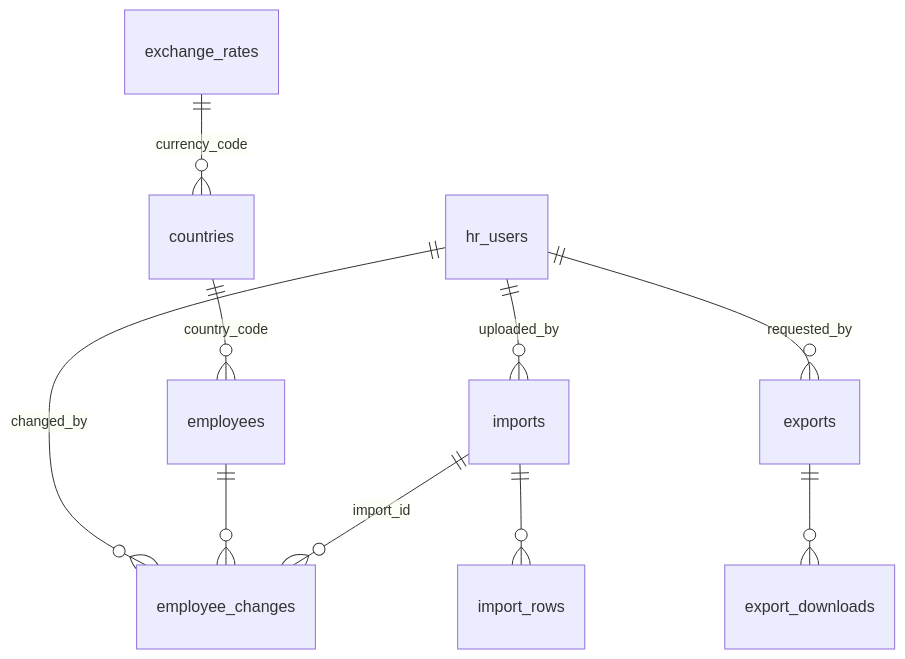
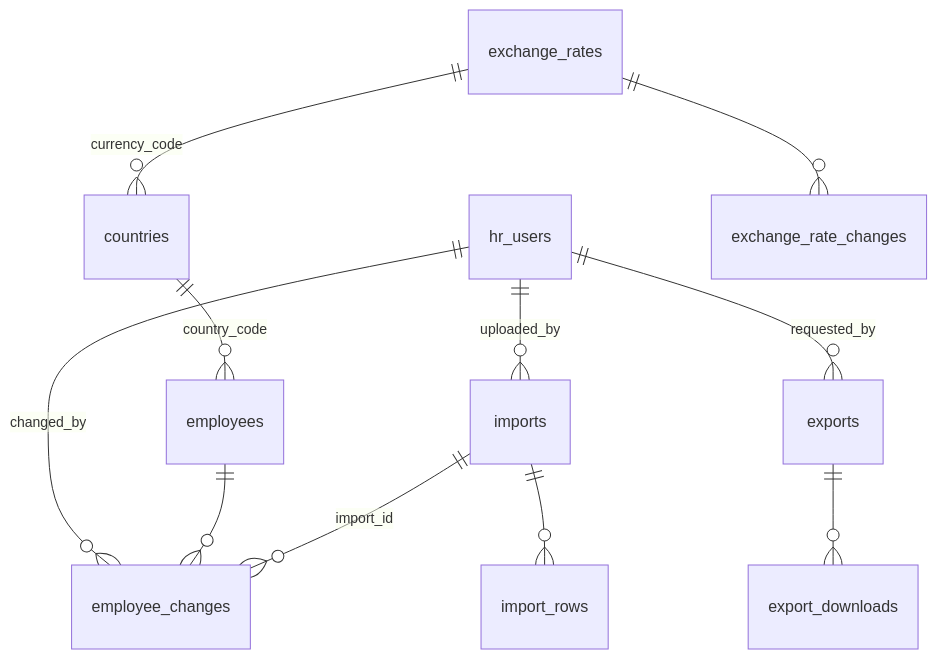
Before and after one commit to Shailesh-Kala/salary-management: the fourth of 4 diagrams in docs/ARCHITECTURE.md, drawn with Mermaid. The commit also changed other lines of this file, not shown here.

Commit message:
docs: update architecture for email link page, preview expiry, relocation and rate history

````diff
--- a/docs/ARCHITECTURE.md
+++ b/docs/ARCHITECTURE.md
@@ -125,12 +139,13 @@
 ```mermaid
 erDiagram
   hr_users ||--o{ employee_changes : "changed_by"
   hr_users ||--o{ imports : "uploaded_by"
   hr_users ||--o{ exports : "requested_by"
   countries ||--o{ employees : "country_code"
   exchange_rates ||--o{ countries : "currency_code"
   employees ||--o{ employee_changes : ""
   imports ||--o{ import_rows : ""
   imports ||--o{ employee_changes : "import_id"
   exports ||--o{ export_downloads : ""
+  exchange_rates ||--o{ exchange_rate_changes : ""
 ```
````
